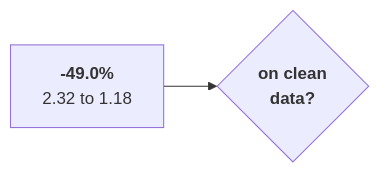
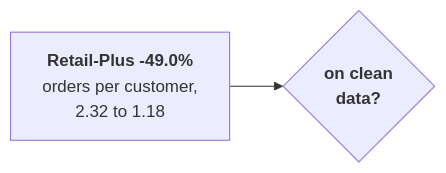
Diagram 21 of 23 in content/W01/D3/slides/C2_W01_D03_half1_STUDENT.md (fde-academy-lab/c2-content-factory), drawn with Mermaid before and after one commit. The commit also changed other lines of this file and 2 other files, not shown here.

First line of the commit message:
W01 D3 decks in full depth: question openers, a map per chapter, six questions each answered on its own slide, and the ladder atop the day sheet

````diff
--- a/content/W01/D3/slides/C2_W01_D03_half1_STUDENT.md
+++ b/content/W01/D3/slides/C2_W01_D03_half1_STUDENT.md
@@ -1069,4 +1521,4 @@
 ```mermaid
 flowchart LR
-    T["<b>-49.0%</b><br/>2.32 to 1.18"] --> C{"<b>on clean<br/>data?</b>"}
+    T["<b>Retail-Plus -49.0%</b><br/>orders per customer,<br/>2.32 to 1.18"] --> C{"<b>on clean<br/>data?</b>"}
 ```
````
